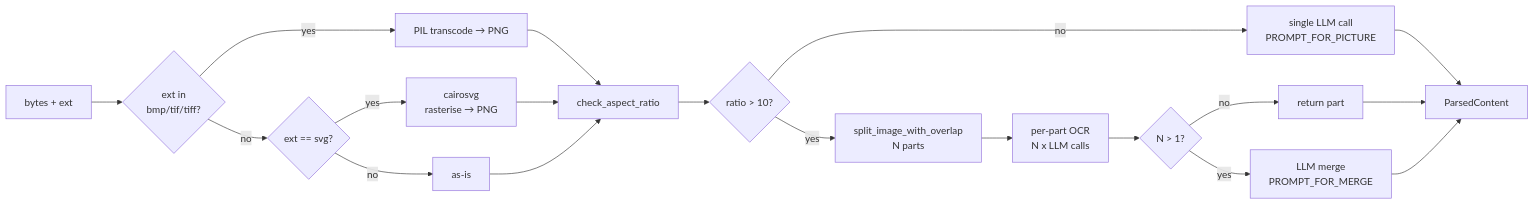
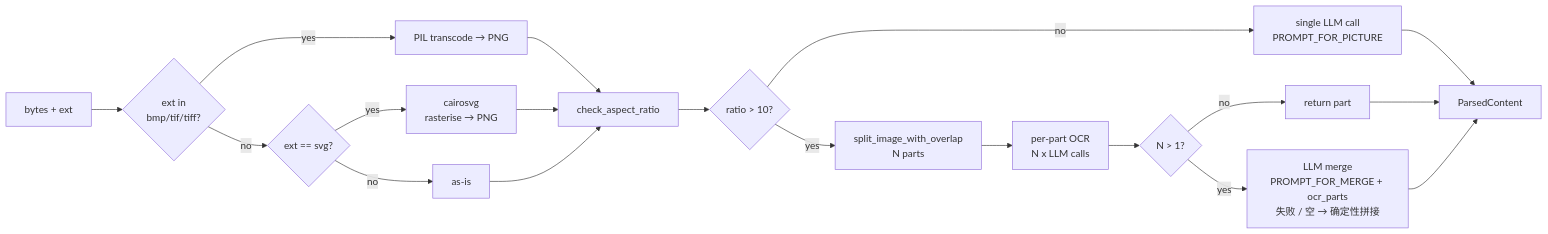
Before and after one commit to EverMind-AI/EverAlgo: the third of 5 diagrams in packages/everalgo-parser/docs/architecture.md, drawn with Mermaid. The commit also changed other lines of this file and 344 other files, not shown here.

````diff
--- a/packages/everalgo-parser/docs/architecture.md
+++ b/packages/everalgo-parser/docs/architecture.md
@@ -168,21 +174,21 @@
 ```mermaid
 flowchart LR
   A[bytes + ext] --> B{ext in<br/>bmp/tif/tiff?}
   B -- yes --> C[PIL transcode → PNG]
   B -- no --> D{ext == svg?}
   D -- yes --> E[cairosvg<br/>rasterise → PNG]
   D -- no --> F[as-is]
   C --> G[check_aspect_ratio]
   E --> G
   F --> G
   G --> H{ratio > 10?}
   H -- no --> I[single LLM call<br/>PROMPT_FOR_PICTURE]
   H -- yes --> J[split_image_with_overlap<br/>N parts]
   J --> K[per-part OCR<br/>N x LLM calls]
   K --> L{N > 1?}
   L -- no --> M[return part]
-  L -- yes --> N[LLM merge<br/>PROMPT_FOR_MERGE]
+  L -- yes --> N[LLM merge<br/>PROMPT_FOR_MERGE + ocr_parts<br/>失败 / 空 → 确定性拼接]
   I --> R[ParsedContent]
   M --> R
   N --> R
 ```
````
